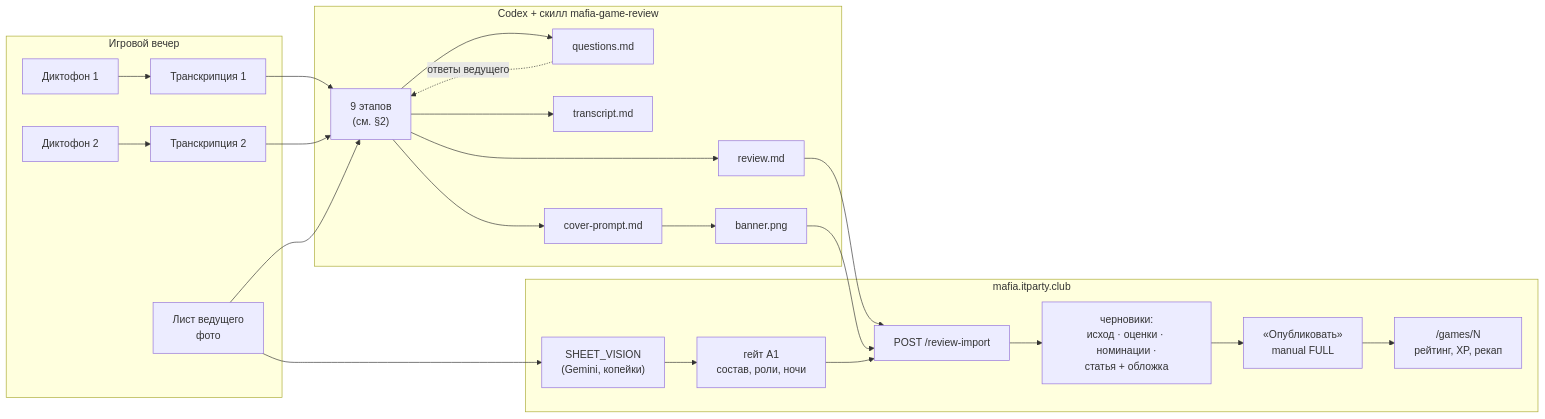
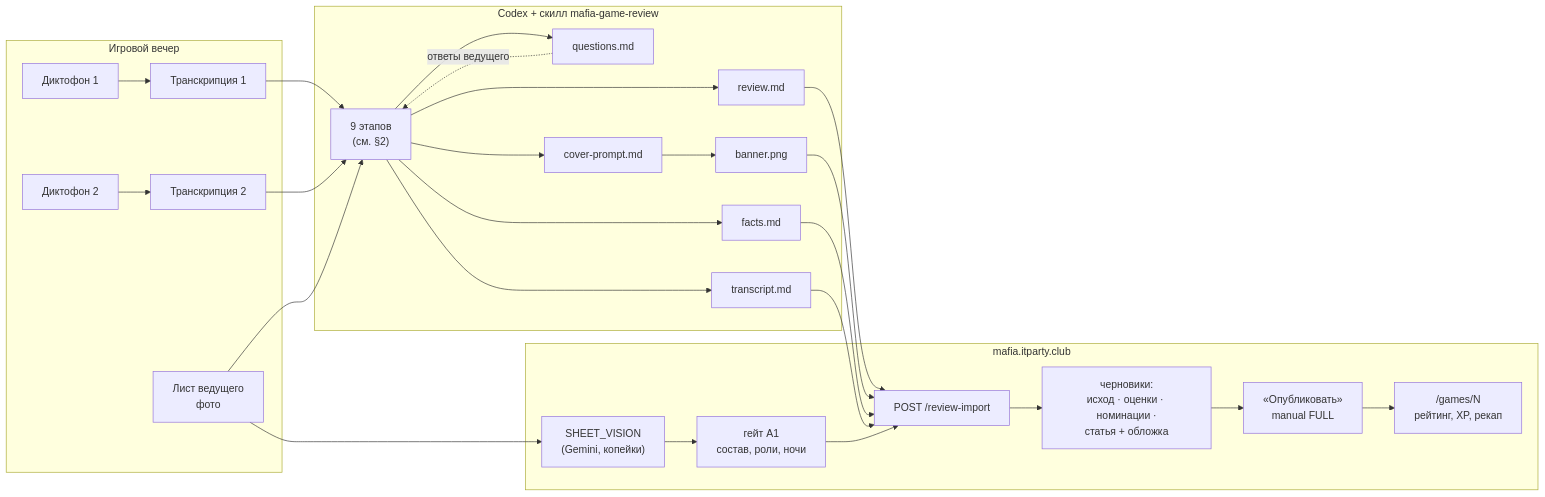
The diagram in ARCHITECTURE.md (itpartypattaya/mafia-review-skill), drawn with Mermaid before and after one commit. The commit also changed other lines of this file and 5 other files, not shown here.

````diff
--- a/ARCHITECTURE.md
+++ b/ARCHITECTURE.md
@@ -5,22 +5,23 @@
 ```mermaid
 flowchart LR
     subgraph Стол["Игровой вечер"]
         A1[Диктофон 1] --> T1[Транскрипция 1]
         A2[Диктофон 2] --> T2[Транскрипция 2]
         S[Лист ведущего<br/>фото]
     end
     subgraph Codex["Codex + скилл mafia-game-review"]
         T1 & T2 & S --> R["9 этапов<br/>(см. §2)"]
         R --> Q[questions.md] -. ответы ведущего .-> R
         R --> REV[review.md]
+        R --> F[facts.md]
         R --> TR[transcript.md]
         R --> CP[cover-prompt.md] --> BAN[banner.png]
     end
     subgraph Сервис["mafia.itparty.club"]
         S --> SV["SHEET_VISION<br/>(Gemini, копейки)"] --> A1G["гейт A1<br/>состав, роли, ночи"]
-        REV & BAN --> IMP["POST /review-import"]
+        REV & BAN & F & TR --> IMP["POST /review-import"]
         A1G --> IMP
         IMP --> D["черновики:<br/>исход · оценки · номинации ·<br/>статья + обложка"]
         D --> PUB["«Опубликовать»<br/>manual FULL"] --> PAGE["/games/N<br/>рейтинг, XP, рекап"]
     end
 ```
````
